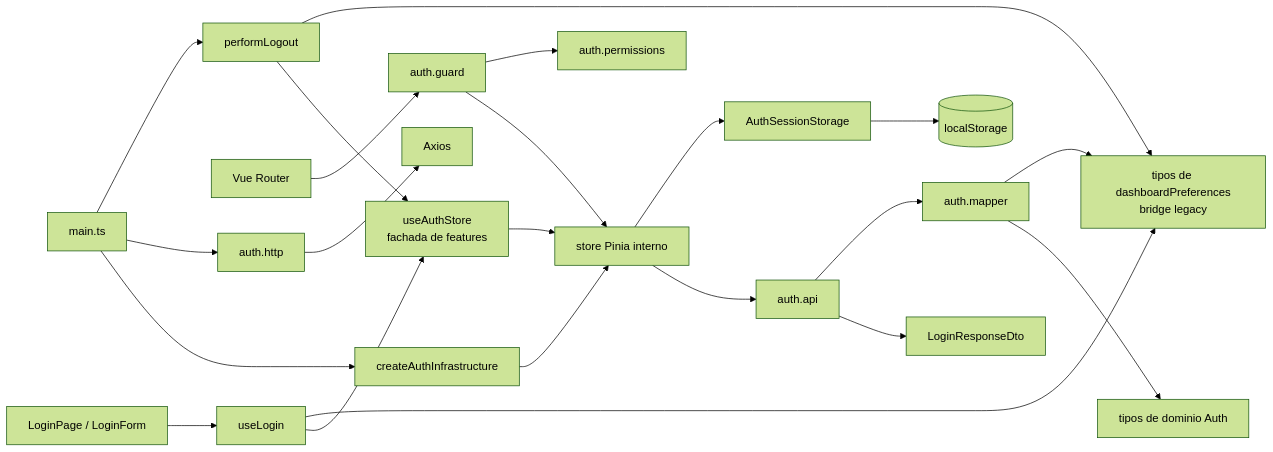
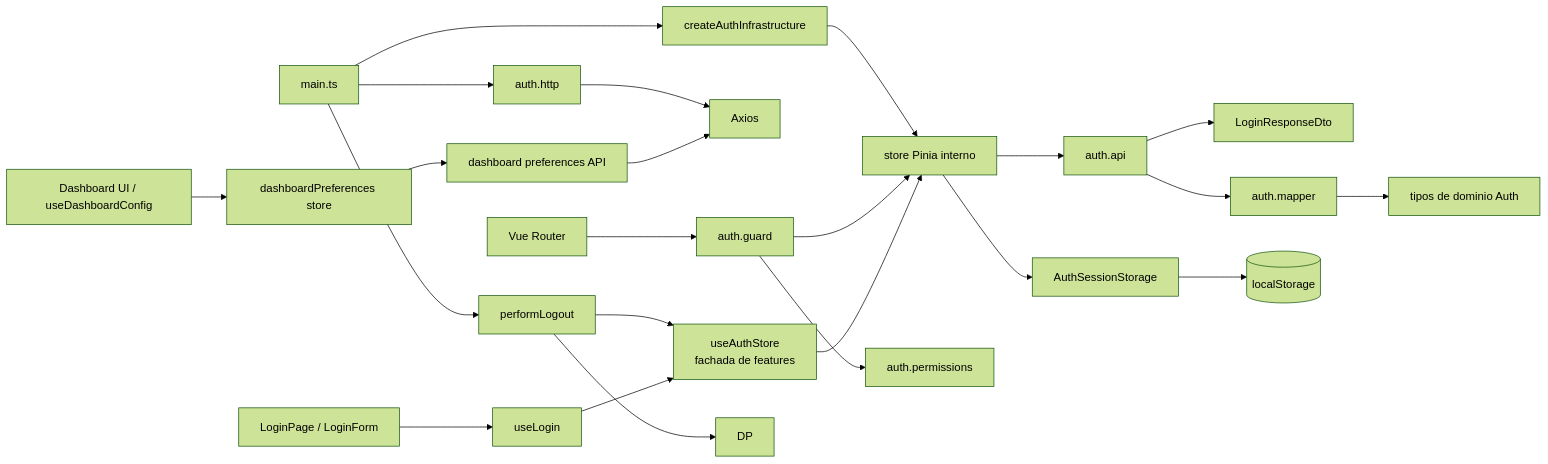
One commit to riffvalley/riffvalley-app-front changed the first of 6 diagrams in docs/architecture/AUTH_ARCHITECTURE.md. Above: the diagram before and after it, drawn with Mermaid (forest theme). The commit also changed other lines of this file and 15 other files, not shown here.

Commit message:
refactor(dashboard): decouple preferences from auth login

````diff
--- a/docs/architecture/AUTH_ARCHITECTURE.md
+++ b/docs/architecture/AUTH_ARCHITECTURE.md
@@ -76,26 +76,28 @@
 ```mermaid
 flowchart LR
     UI[LoginPage / LoginForm] --> UL[useLogin]
     UL --> FS[useAuthStore<br/>fachada de features]
     FS --> PS[store Pinia interno]
     PS --> API[auth.api]
     API --> DTO[LoginResponseDto]
     API --> MAP[auth.mapper]
     MAP --> DOM[tipos de dominio Auth]
     PS --> ST[AuthSessionStorage]
     ST --> LS[(localStorage)]
-    MAP --> DP[tipos de dashboardPreferences<br/>bridge legacy]
-    UL --> DP
+
+    DASH[Dashboard UI / useDashboardConfig] --> DPS[dashboardPreferences store]
+    DPS --> DAPI[dashboard preferences API]
+    DAPI --> AXIOS
 
     ROUTER[Vue Router] --> GUARD[auth.guard]
     GUARD --> PS
     GUARD --> POLICY[auth.permissions]
 
     MAIN[main.ts] --> INF[createAuthInfrastructure]
     INF --> PS
     MAIN --> HTTP[auth.http]
     HTTP --> AXIOS[Axios]
     MAIN --> LOGOUT[performLogout]
     LOGOUT --> FS
     LOGOUT --> DP
 ```
````
